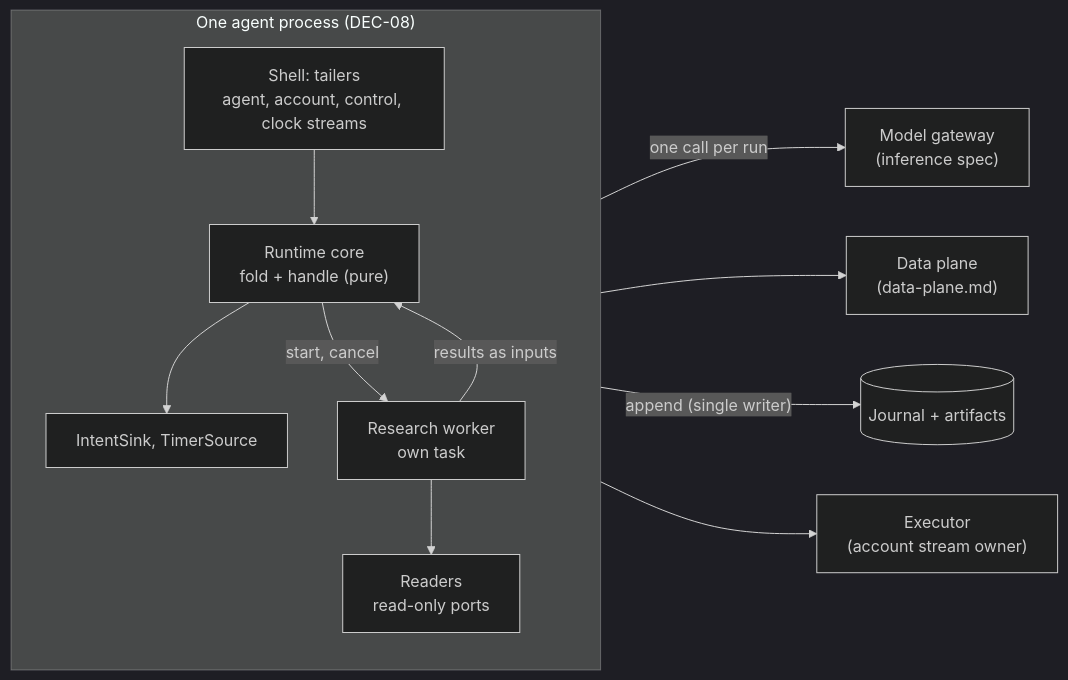
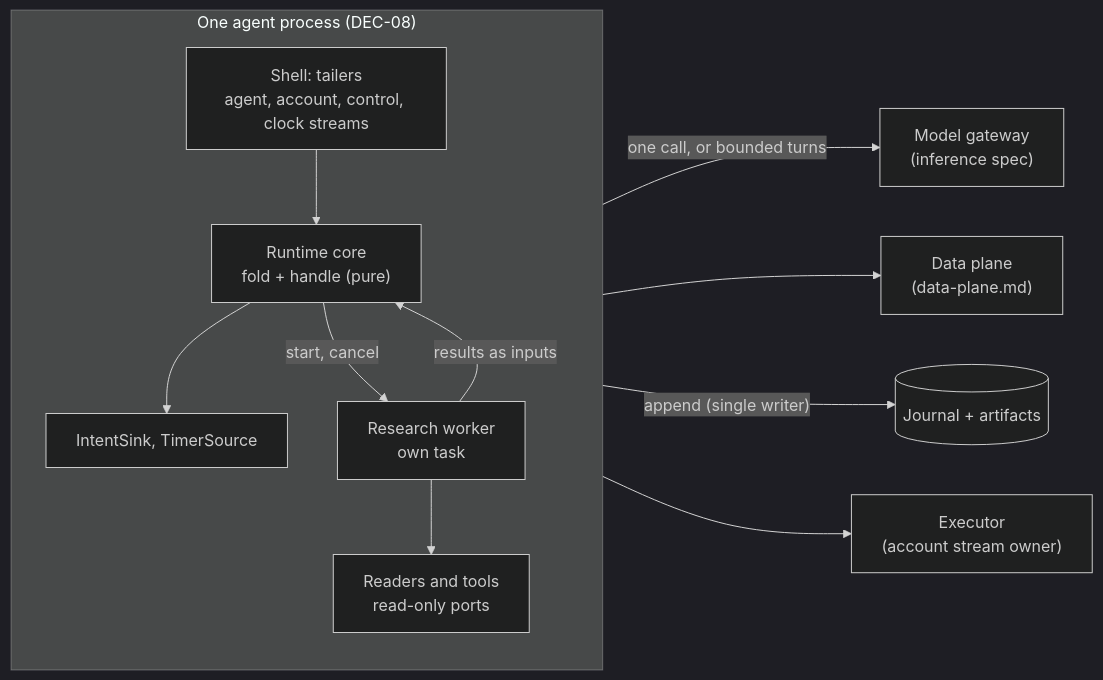
Before and after one commit to kunwarshivam/mandate: the first of 3 diagrams in docs/specs/agent-harness.md, drawn with Mermaid (dark theme). The commit also changed other lines of this file and 12 other files, not shown here.

First line of the commit message:
Specs only: the research run becomes a bounded agent loop over read-only tools (E19-13, DEC-2201)

````diff
--- a/docs/specs/agent-harness.md
+++ b/docs/specs/agent-harness.md
@@ -143,24 +180,24 @@
 ```mermaid
 flowchart LR
     subgraph proc["One agent process (DEC-08)"]
         direction TB
         tail["Shell: tailers<br/>agent, account, control, clock streams"]
         core["Runtime core<br/>fold + handle (pure)"]
         sink["IntentSink, TimerSource"]
         rw["Research worker<br/>own task"]
-        rd["Readers<br/>read-only ports"]
+        rd["Readers and tools<br/>read-only ports"]
         tail --> core
         core --> sink
         rw -->|"results as inputs"| core
         core -->|"start, cancel"| rw
         rw --> rd
     end
     gw["Model gateway<br/>(inference spec)"]
     dp["Data plane<br/>(data-plane.md)"]
     j[("Journal + artifacts")]
     ex["Executor<br/>(account stream owner)"]
-    rw -->|"one call per run"| gw
+    rw -->|"one call, or bounded turns"| gw
     rd --> dp
     core -->|"append (single writer)"| j
     sink --> ex
 ```
````
